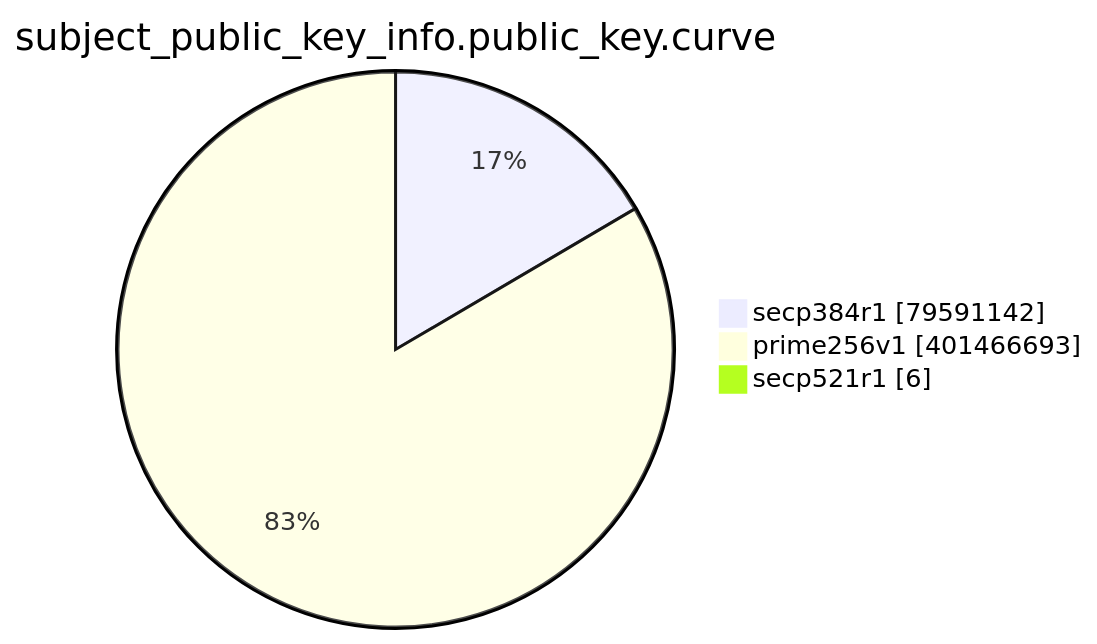
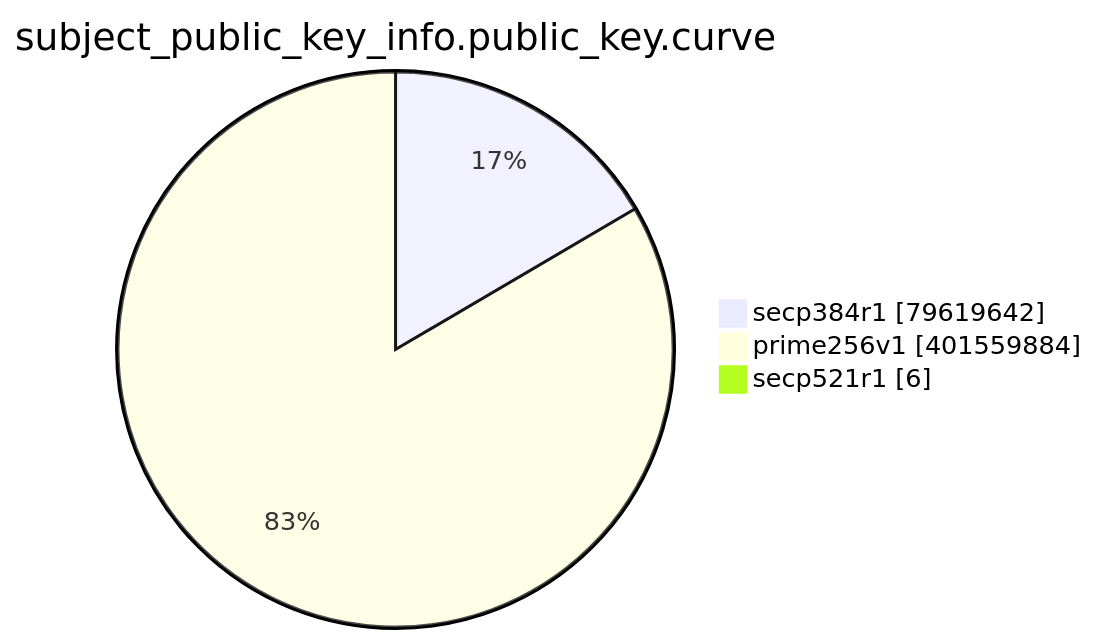
The eighth of 15 diagrams in TOTAL/README.md (christiankrug/ctmonitor_visualization), drawn with Mermaid before and after one commit. The commit also changed other lines of this file, not shown here.

````diff
--- a/TOTAL/README.md
+++ b/TOTAL/README.md
@@ -3095,7 +3095,7 @@
 ```mermaid
 pie showData
 title subject_public_key_info.public_key.curve
-"secp384r1" :79591142
-"prime256v1" :401466693
+"secp384r1" :79619642
+"prime256v1" :401559884
 "secp521r1" :6
 ```
````
